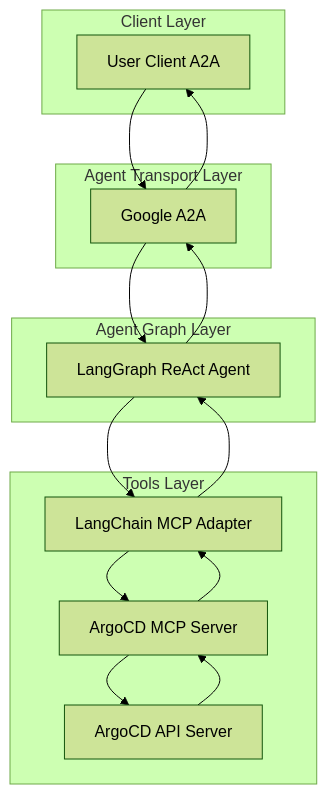
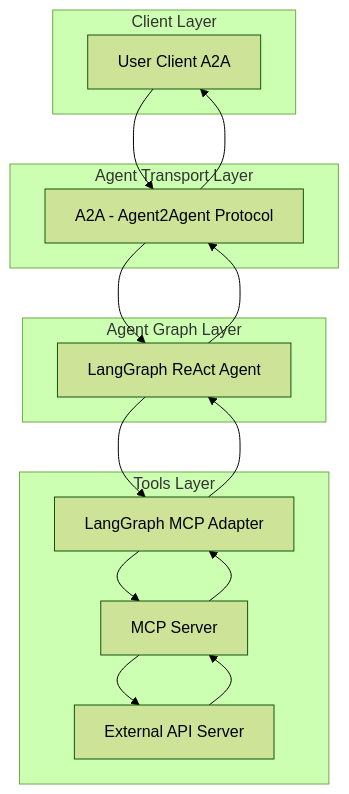
Before and after one commit to tensai828/ai-driven-platform-operations: the first of 2 diagrams in docs/docs/agents/argocd.md, drawn with Mermaid (forest theme). The commit also changed other lines of this file and 14 other files, not shown here.

First line of the commit message:
docs: update agent documentation and add architecture content

````diff
--- a/docs/docs/agents/argocd.md
+++ b/docs/docs/agents/argocd.md
@@ -17,20 +15,20 @@
 ```mermaid
 flowchart TD
   subgraph Client Layer
     A[User Client A2A]
   end
   subgraph Agent Transport Layer
-    B[Google A2A]
+    B[A2A - Agent2Agent Protocol]
   end
   subgraph Agent Graph Layer
     C[LangGraph ReAct Agent]
   end
   subgraph Tools Layer
-    D[LangChain MCP Adapter]
-    E[ArgoCD MCP Server]
-    F[ArgoCD API Server]
+    D[LangGraph MCP Adapter]
+    E[MCP Server]
+    F[External API Server]
   end
 
   A --> B --> C --> D --> E --> F
   F --> E --> D --> C --> B --> A
 ```
````
